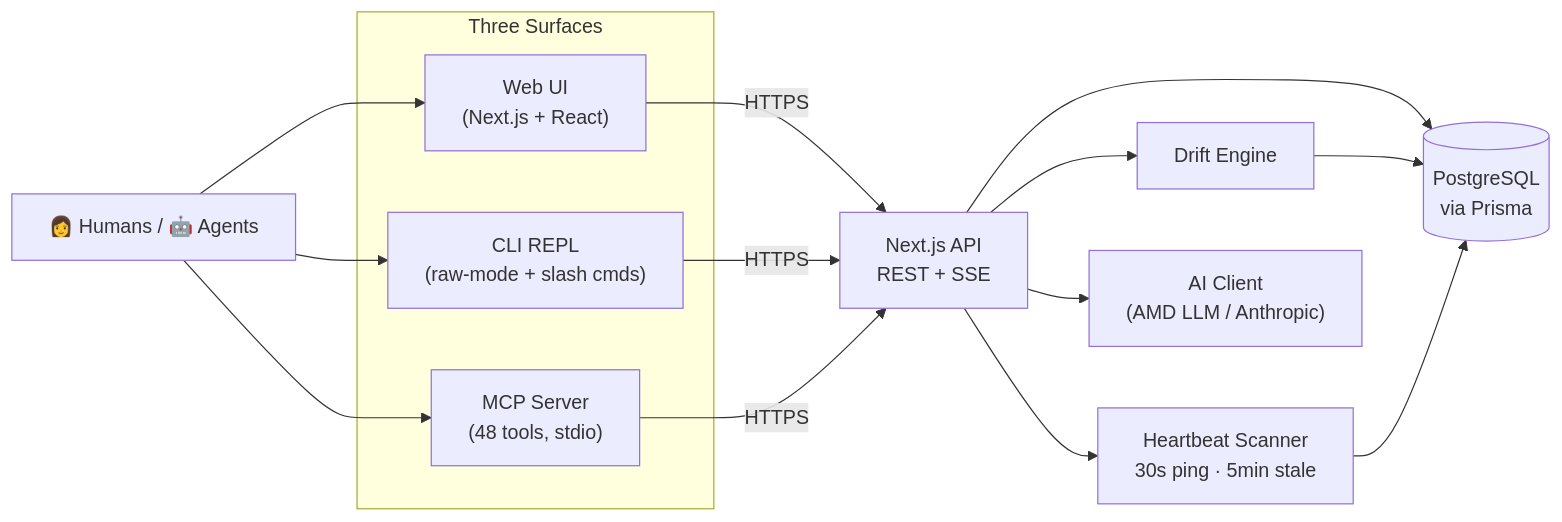
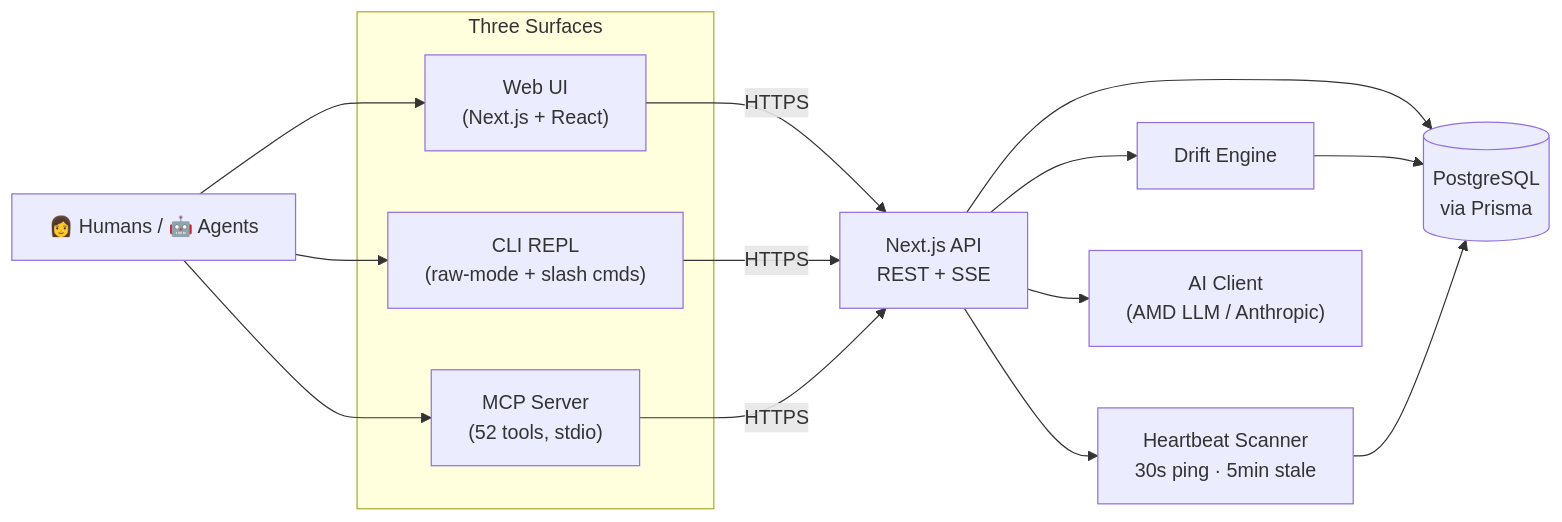
One commit to nanyang12138/PlanSync changed the diagram in README.md. Above: the diagram before and after it, drawn with Mermaid. The commit also changed other lines of this file and 1 other file, not shown here.

````diff
--- a/README.md
+++ b/README.md
@@ -93,32 +96,32 @@
 ```mermaid
 flowchart LR
     H["👩 Humans / 🤖 Agents"]
 
     subgraph Surfaces["Three Surfaces"]
         WEB["Web UI<br/>(Next.js + React)"]
         CLI["CLI REPL<br/>(raw-mode + slash cmds)"]
-        MCP["MCP Server<br/>(48 tools, stdio)"]
+        MCP["MCP Server<br/>(52 tools, stdio)"]
     end
 
     H --> WEB
     H --> CLI
     H --> MCP
 
     API["Next.js API<br/>REST + SSE"]
     DRIFT["Drift Engine"]
     HB["Heartbeat Scanner<br/>30s ping · 5min stale"]
     AI["AI Client<br/>(AMD LLM / Anthropic)"]
 
     WEB -->|HTTPS| API
     CLI -->|HTTPS| API
     MCP -->|HTTPS| API
 
     API --> DRIFT
     API --> HB
     API --> AI
 
     DB[("PostgreSQL<br/>via Prisma")]
     API --> DB
     DRIFT --> DB
     HB --> DB
 ```
````
